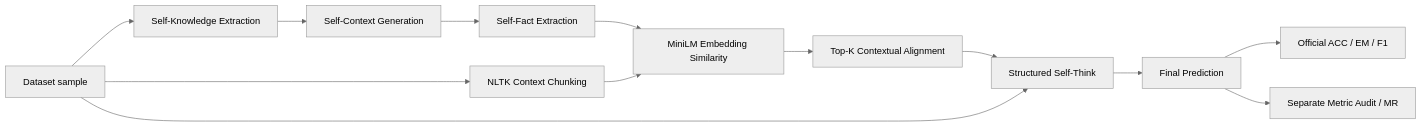
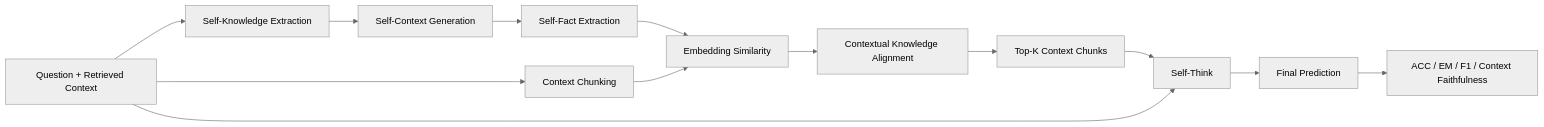
One commit to SikiLee/FaithfulRAG changed the diagram in README.md. Above: the diagram before and after it, drawn with Mermaid (neutral theme). The commit also changed other lines of this file, not shown here.

````diff
--- a/README.md
+++ b/README.md
@@ -79,15 +37,15 @@
 ```mermaid
 flowchart LR
-    A[Dataset sample] --> B[Self-Knowledge Extraction]
+    A[Question + Retrieved Context] --> B[Self-Knowledge Extraction]
     B --> C[Self-Context Generation]
     C --> D[Self-Fact Extraction]
-    A --> E[NLTK Context Chunking]
-    D --> F[MiniLM Embedding Similarity]
+    A --> E[Context Chunking]
+    D --> F[Embedding Similarity]
     E --> F
-    F --> G[Top-K Contextual Alignment]
-    G --> H[Structured Self-Think]
-    A --> H
-    H --> I[Final Prediction]
-    I --> J[Official ACC / EM / F1]
-    I --> K[Separate Metric Audit / MR]
+    F --> G[Contextual Knowledge Alignment]
+    G --> H[Top-K Context Chunks]
+    H --> I[Self-Think]
+    A --> I
+    I --> J[Final Prediction]
+    J --> K[ACC / EM / F1 / Context Faithfulness]
 ```
````
